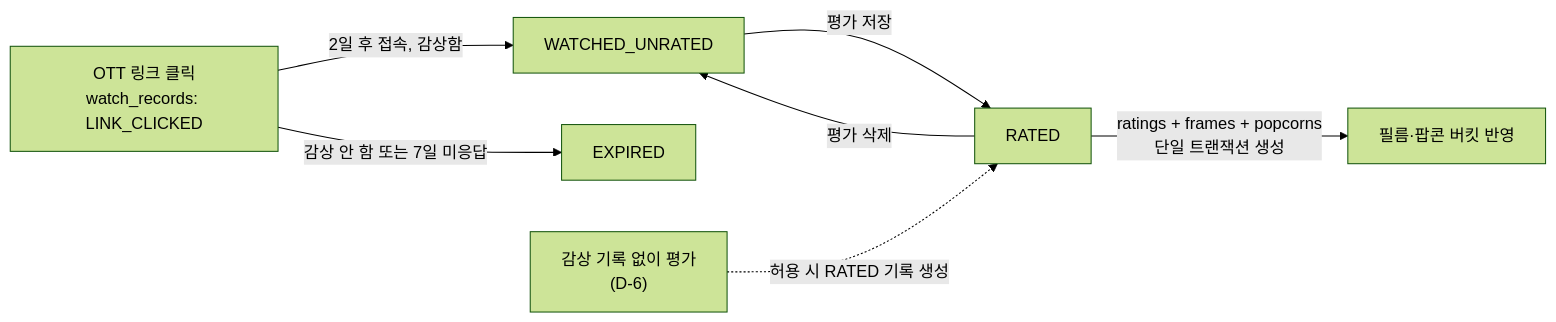
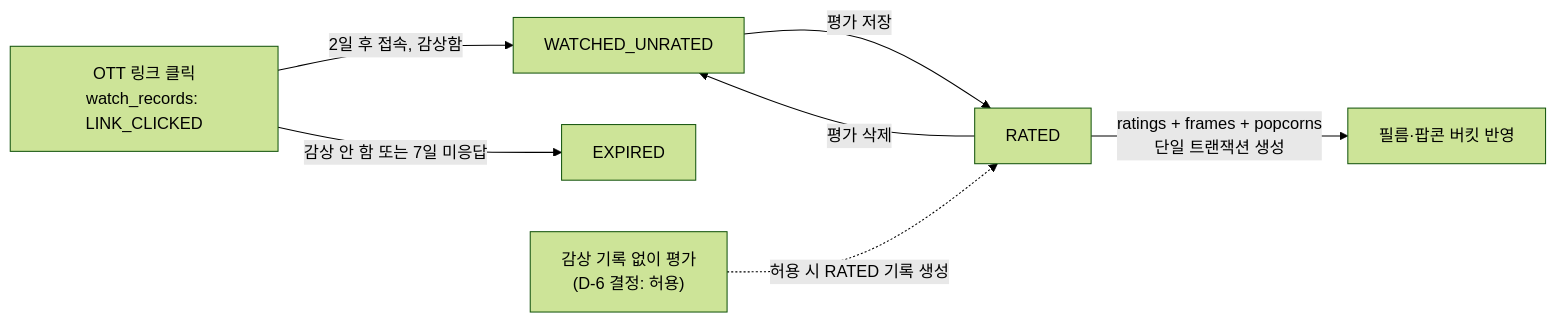
One commit to koongya-studio/feelm changed the eighth of 8 diagrams in docs/erd.md. Above: the diagram before and after it, drawn with Mermaid (forest theme). The commit also changed other lines of this file and 9 other files, not shown here.

Commit message:
[S15P21E106-91] docs: 개발 전 확정 사항 API 명세·ERD 반영

````diff
--- a/docs/erd.md
+++ b/docs/erd.md
@@ -440,9 +434,9 @@
 ```mermaid
 flowchart LR
     A["OTT 링크 클릭<br/>watch_records: LINK_CLICKED"] -->|2일 후 접속, 감상함| B["WATCHED_UNRATED"]
     A -->|감상 안 함 또는 7일 미응답| X["EXPIRED"]
     B -->|평가 저장| C["RATED"]
     C -->|ratings + frames + popcorns<br/>단일 트랜잭션 생성| D["필름·팝콘 버킷 반영"]
     C -->|평가 삭제| B
-    S["감상 기록 없이 평가<br/>(D-6)"] -.->|허용 시 RATED 기록 생성| C
+    S["감상 기록 없이 평가<br/>(D-6 결정: 허용)"] -.->|허용 시 RATED 기록 생성| C
 ```
````
